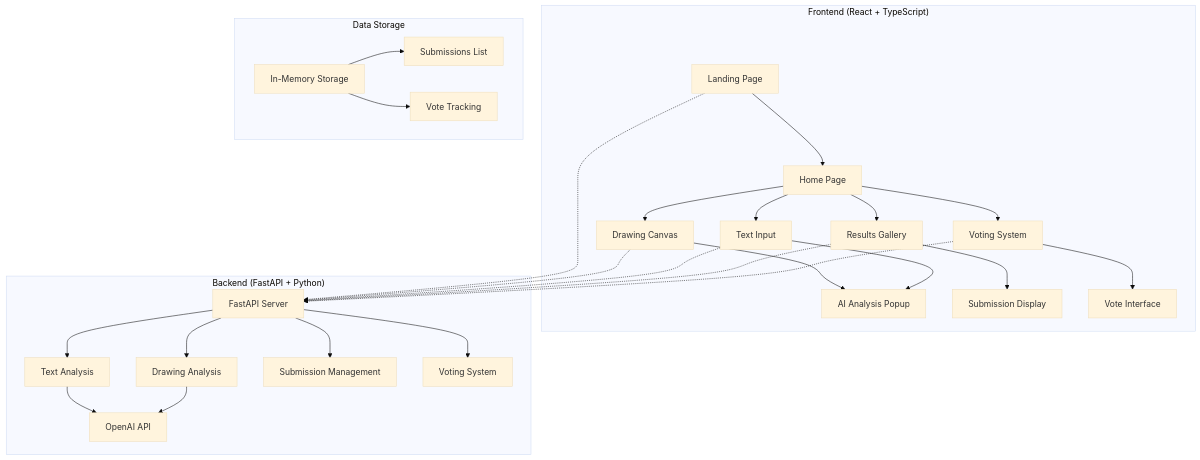
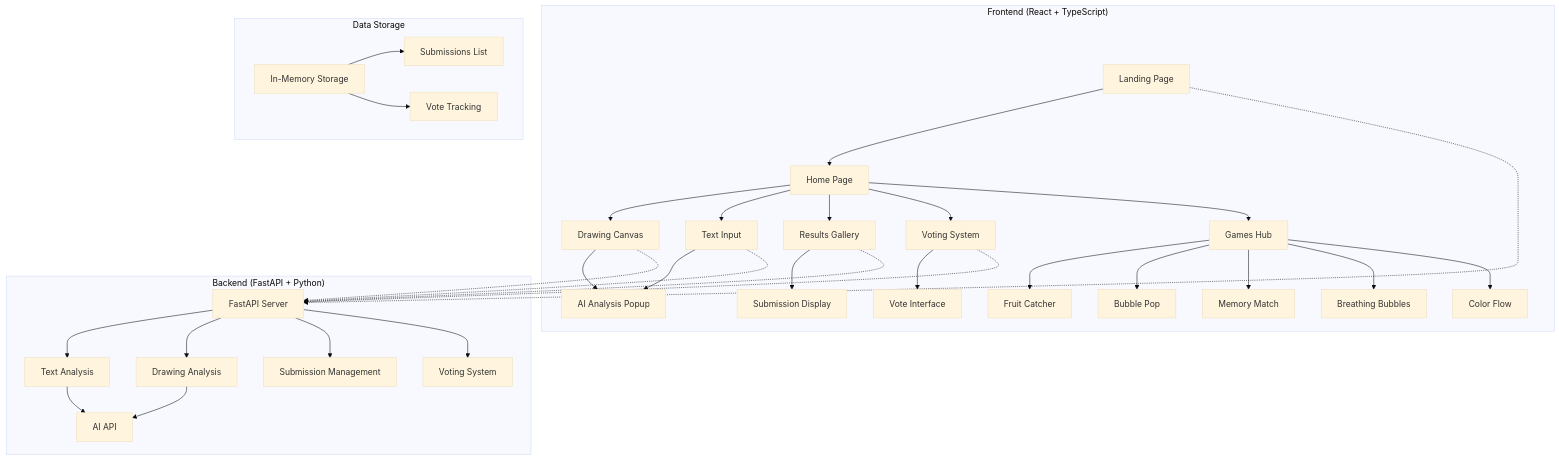
The first of 2 diagrams in README.md (Samritakhurana/Human-vs-ai), drawn with Mermaid (base theme) before and after one commit. The commit also changed other lines of this file, not shown here.

````diff
--- a/README.md
+++ b/README.md
@@ -26,36 +27,43 @@
 ```mermaid
 graph TB
     subgraph "Frontend (React + TypeScript)"
         A[Landing Page] --> B[Home Page]
         B --> C[Drawing Canvas]
         B --> D[Text Input]
         B --> E[Results Gallery]
         B --> F[Voting System]
+        B --> G[Games Hub]
 
-        C --> G[AI Analysis Popup]
-        D --> G
-        E --> H[Submission Display]
-        F --> I[Vote Interface]
+        G --> H[Fruit Catcher]
+        G --> I[Bubble Pop]
+        G --> J[Memory Match]
+        G --> K[Breathing Bubbles]
+        G --> L[Color Flow]
+
+        C --> M[AI Analysis Popup]
+        D --> M
+        E --> N[Submission Display]
+        F --> O[Vote Interface]
     end
 
     subgraph "Backend (FastAPI + Python)"
-        J[FastAPI Server] --> K[Text Analysis]
-        J --> L[Drawing Analysis]
-        J --> M[Submission Management]
-        J --> N[Voting System]
+        P[FastAPI Server] --> Q[Text Analysis]
+        P --> R[Drawing Analysis]
+        P --> S[Submission Management]
+        P --> T[Voting System]
 
-        K --> O[OpenAI API]
-        L --> O
+        Q --> U[AI API]
+        R --> U
     end
 
     subgraph "Data Storage"
-        P[In-Memory Storage] --> Q[Submissions List]
-        P --> R[Vote Tracking]
+        V[In-Memory Storage] --> W[Submissions List]
+        V --> X[Vote Tracking]
     end
 
-    A -.-> J
-    C -.-> J
-    D -.-> J
-    E -.-> J
-    F -.-> J
+    A -.-> P
+    C -.-> P
+    D -.-> P
+    E -.-> P
+    F -.-> P
 ```
````
